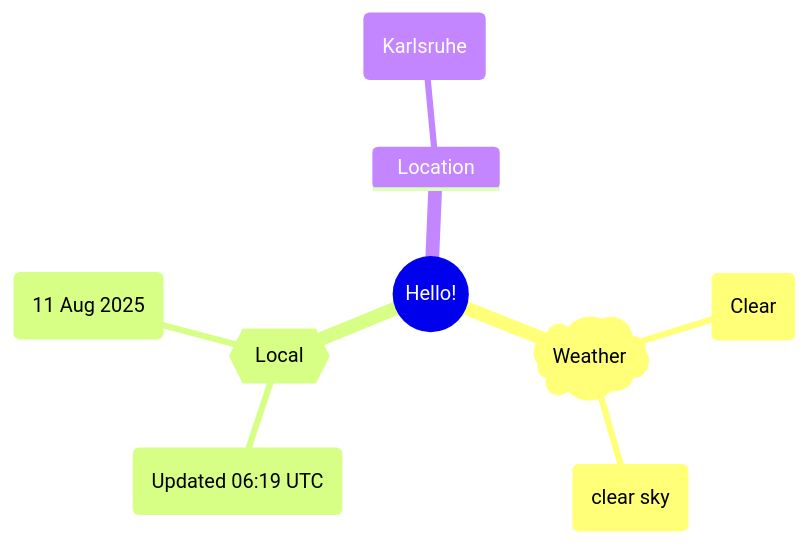
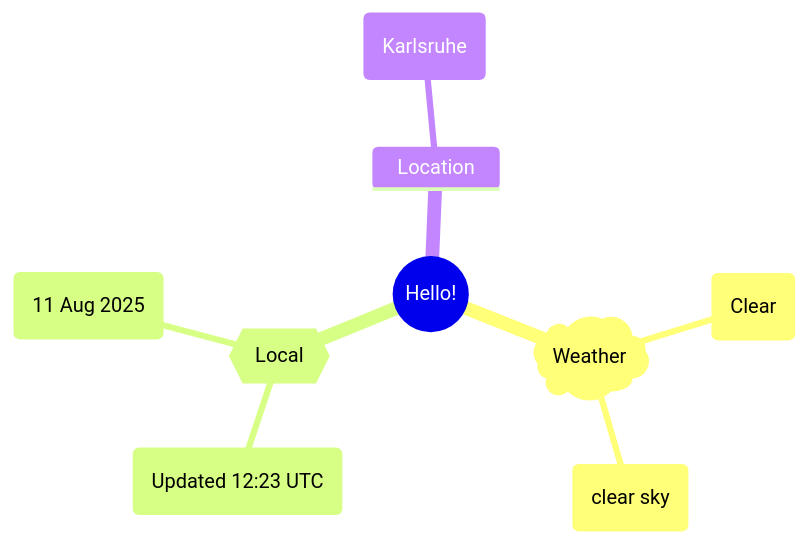
Before and after one commit to Xosrov/Xosrov: the first of 2 diagrams in README.md, drawn with Mermaid.

Commit message:
[bot] updated images

````diff
--- a/README.md
+++ b/README.md
@@ -3,12 +3,12 @@
 ```mermaid
 mindmap
   root((Hello!))
     )Weather(
         (Clear)
         (clear sky)
     {{Local}}
-        (Updated 06:19 UTC)
+        (Updated 12:23 UTC)
         (11 Aug 2025)
     Location
         (Karlsruhe)
 ```
````
